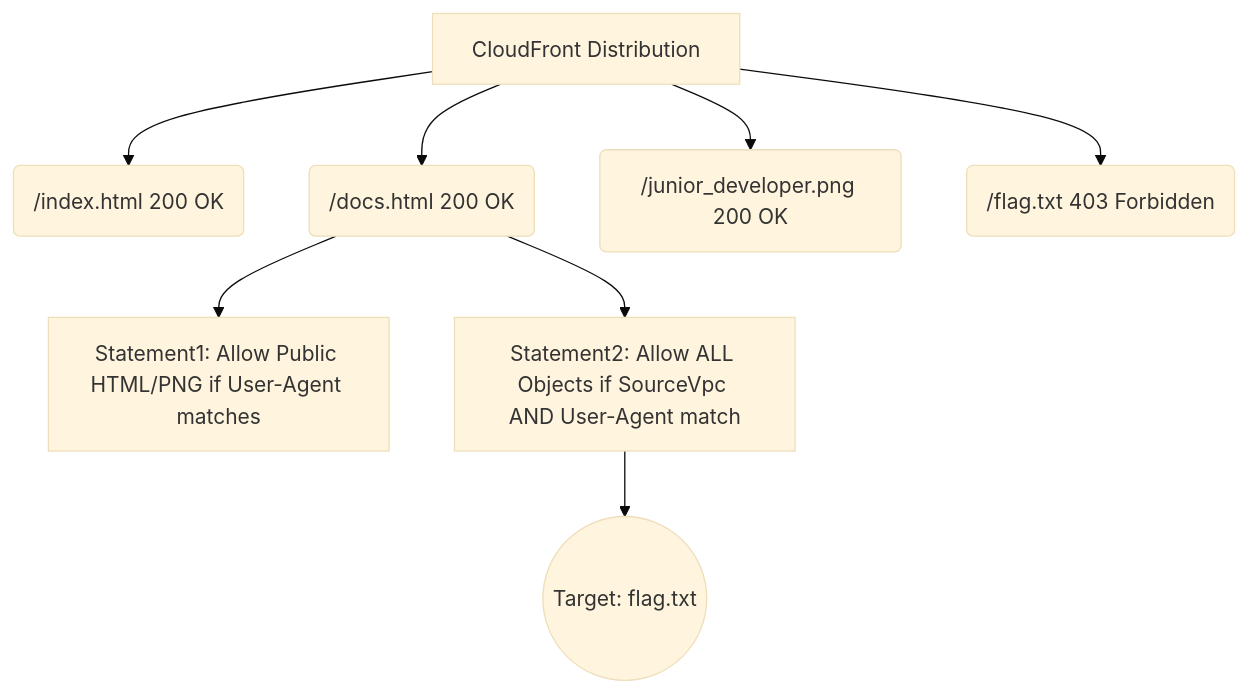
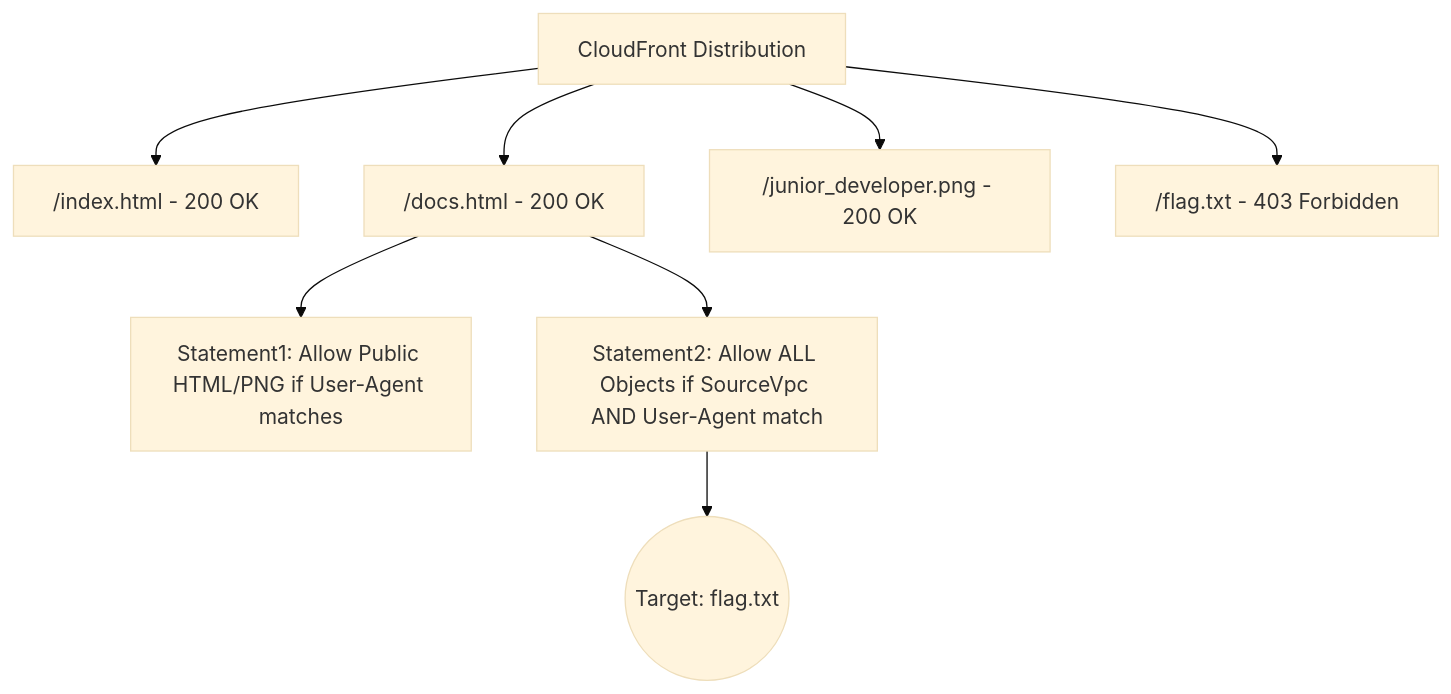
Before and after one commit to FREECANDY-DEV/MAFAT-2026: the second of 8 diagrams in cloud-escape/Stage_2_Comprehensive_Writeup.md, drawn with Mermaid (base theme). The commit also changed other lines of this file and 1 other file, not shown here.

Commit message:
Fix all Mermaid diagram syntax and headers in markdown files

````diff
--- a/cloud-escape/Stage_2_Comprehensive_Writeup.md
+++ b/cloud-escape/Stage_2_Comprehensive_Writeup.md
@@ -161,12 +162,12 @@
 ```mermaid
 graph TD
-    A[CloudFront Distribution] --> B(/index.html 200 OK)
-    A --> C(/docs.html 200 OK)
-    A --> D(/junior_developer.png 200 OK)
-    A --> E(/flag.txt 403 Forbidden)
-    
-    C --> F[Statement1: Allow Public HTML/PNG if User-Agent matches]
-    C --> G[Statement2: Allow ALL Objects if SourceVpc AND User-Agent match]
-    
-    G --> H((Target: flag.txt))
+    A["CloudFront Distribution"] --> B["/index.html - 200 OK"]
+    A --> C["/docs.html - 200 OK"]
+    A --> D["/junior_developer.png - 200 OK"]
+    A --> E["/flag.txt - 403 Forbidden"]
+
+    C --> F["Statement1: Allow Public HTML/PNG if User-Agent matches"]
+    C --> G["Statement2: Allow ALL Objects if SourceVpc AND User-Agent match"]
+
+    G --> H(("Target: flag.txt"))
 ```
````
